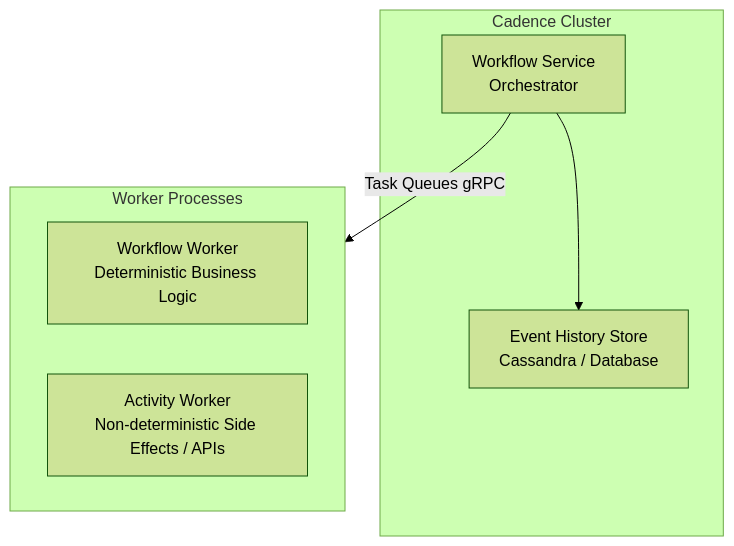
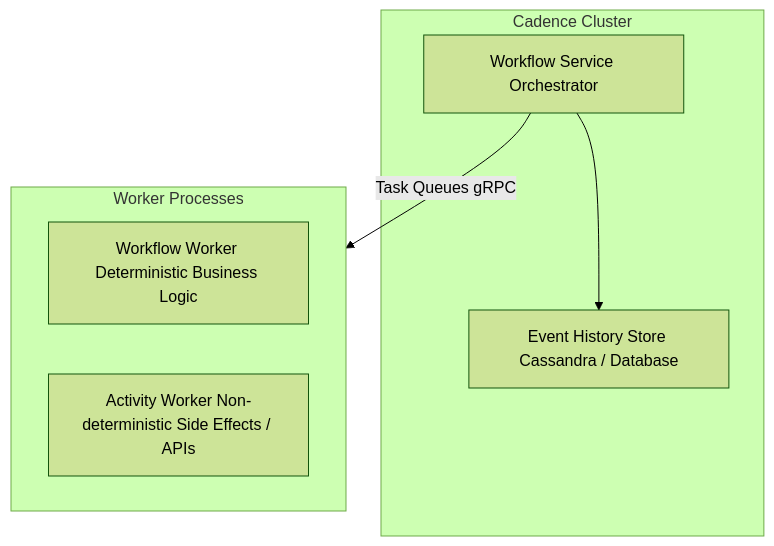
Before and after one commit to Chandra179/atlas: diagram 12 of 16 in blog/astro/src/content/docs/uber-architecture.md, drawn with Mermaid (forest theme). The commit also changed other lines of this file and 1 other file, not shown here.

````diff
--- a/blog/astro/src/content/docs/uber-architecture.md
+++ b/blog/astro/src/content/docs/uber-architecture.md
@@ -592,13 +592,13 @@
 ```mermaid
 graph TB
     subgraph CADENCE["Cadence Cluster"]
-        WS["Workflow Service<br/>Orchestrator"]
-        EHS["Event History Store<br/>Cassandra / Database"]
+        WS["Workflow Service Orchestrator"]
+        EHS["Event History Store Cassandra / Database"]
         WS --> EHS
     end
     WS -->|Task Queues gRPC| WORKERS
     subgraph WORKERS["Worker Processes"]
-        WW["Workflow Worker<br/>Deterministic Business Logic"]
-        AW["Activity Worker<br/>Non-deterministic Side Effects / APIs"]
+        WW["Workflow Worker Deterministic Business Logic"]
+        AW["Activity Worker Non-deterministic Side Effects / APIs"]
     end
 ```
````
